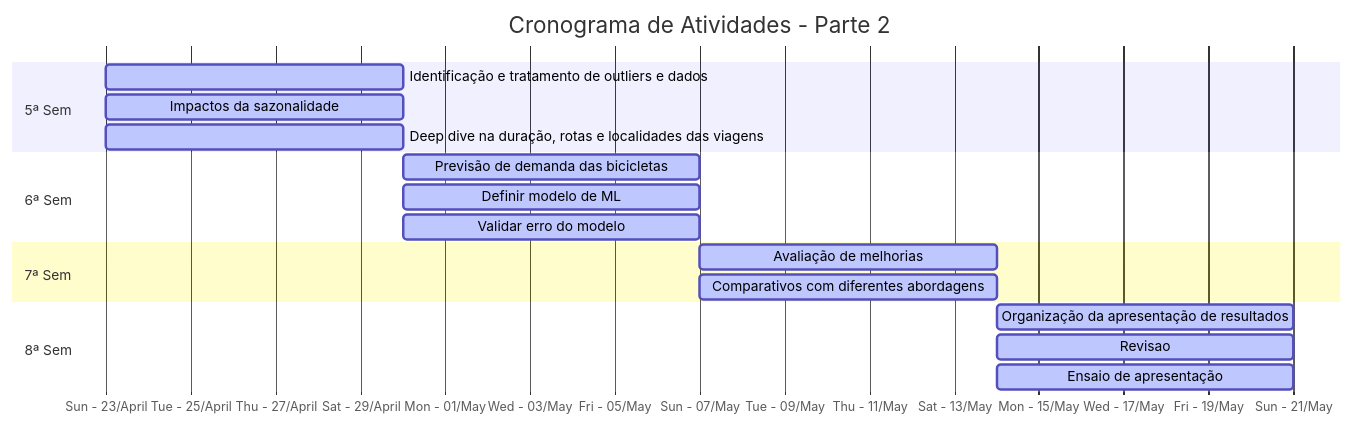
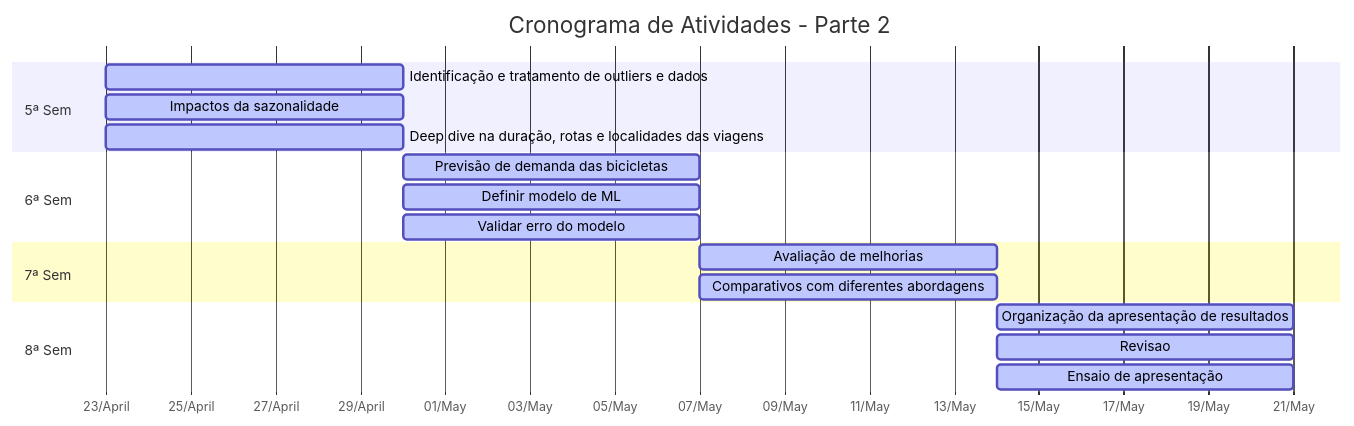
One commit to DiannaKatayama/Data_Science_Projeto_I changed the second of 2 diagrams in README.md. Above: the diagram before and after it, drawn with Mermaid. The commit also changed other lines of this file, not shown here.

Commit message:
Update README.md
Formato da data do cronograma alterado

````diff
--- a/README.md
+++ b/README.md
@@ -61,24 +61,24 @@
 ```mermaid
 gantt
 title Cronograma de Atividades - Parte 2
-axisFormat %a - %d/%B
+axisFormat %d/%B
 
 section 5ª Sem
 Identificação e tratamento de outliers e dados: active, s5a1, 2023-04-23, 7d
 Impactos da sazonalidade:active, s5a2, 2023-04-23, 7d
 Deep dive na duração, rotas e localidades das viagens: active, s5a3, 2023-04-23, 7d
 
 section 6ª Sem
 Previsão de demanda das bicicletas: active, s6a1, after s5a3, 7d
 Definir modelo de ML:active, s6a2, after s5a3, 7d
 Validar erro do modelo: active, s6a3,after s5a3, 7d
 
 section 7ª Sem
 Avaliação de melhorias: active, s7a1, after s6a3, 7d
 Comparativos com diferentes abordagens:active, s7a2, after s6a3, 7d
 
 section 8ª Sem
 Organização da apresentação de resultados: active, s8a1, after s7a2, 7d
 Revisao:active, s8a2, after s7a2, 7d
 Ensaio de apresentação:active, s8a3, after s7a2, 7d
 ```
````
